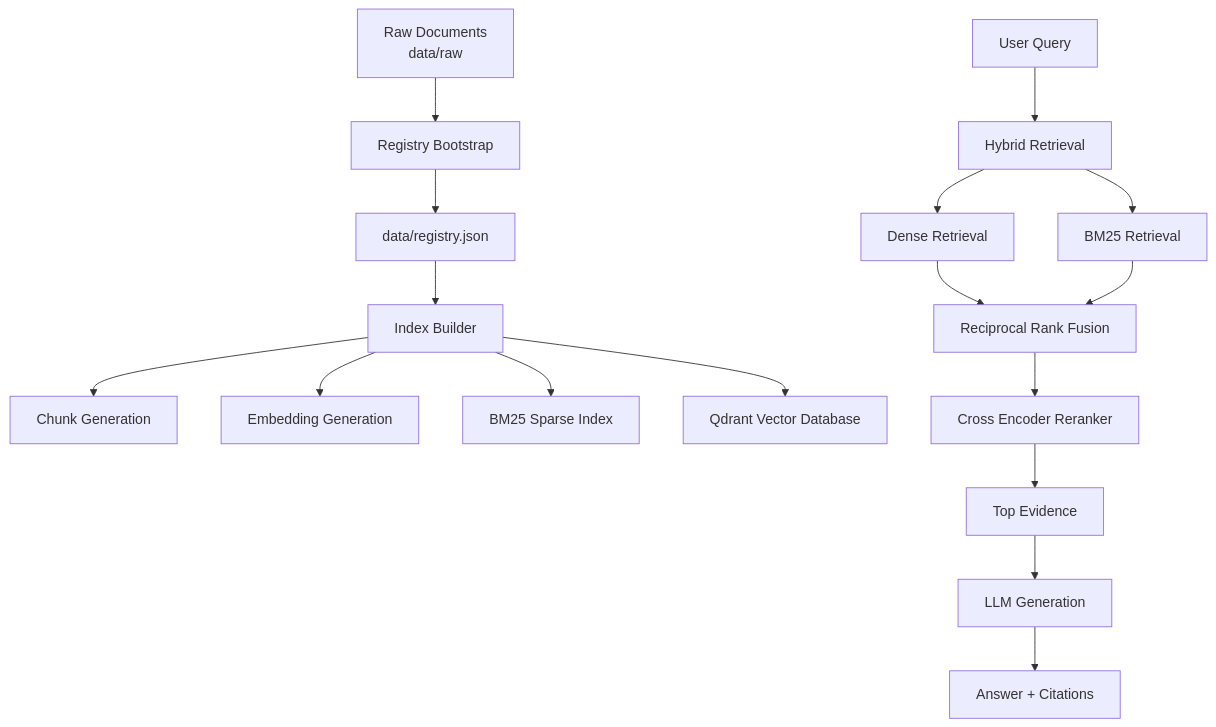
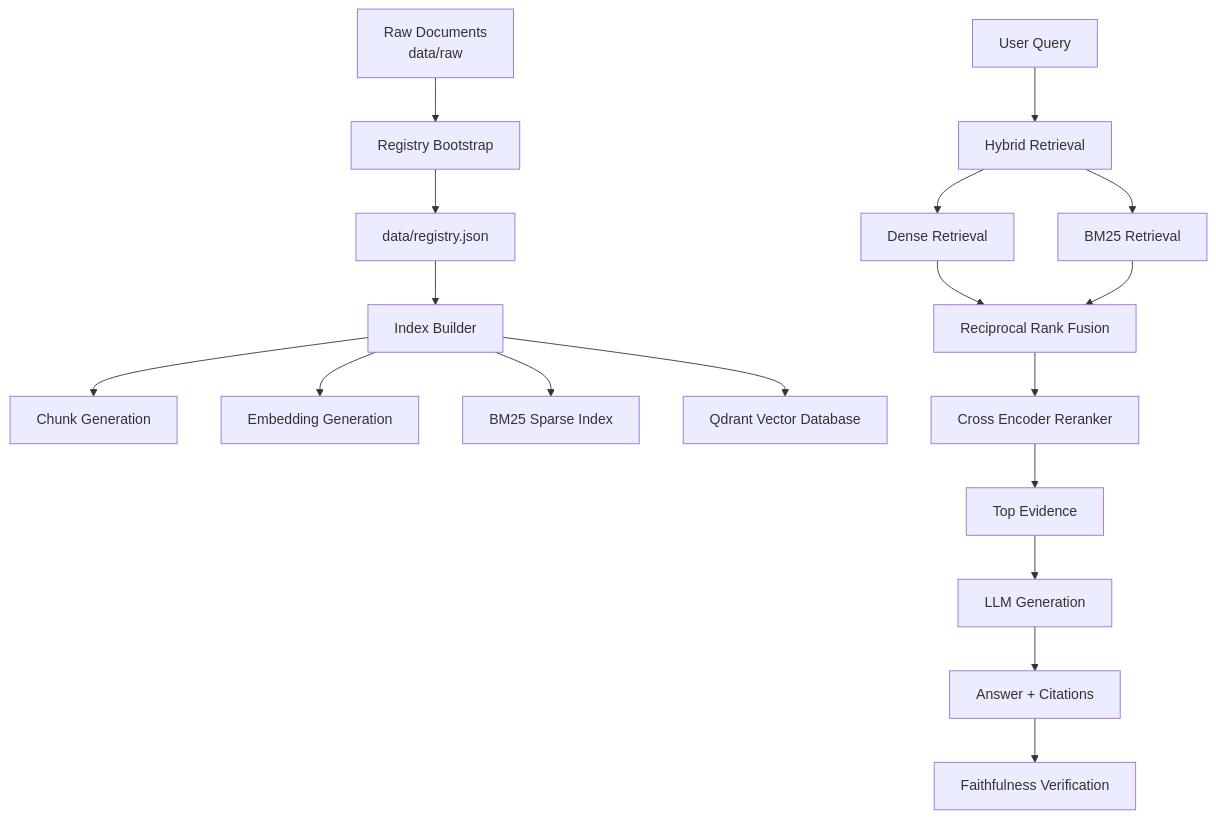
The diagram in README.md (Ammar-KDR/hybrid-rag-engine), drawn with Mermaid before and after one commit. The commit also changed other lines of this file, not shown here.

````diff
--- a/README.md
+++ b/README.md
@@ -34,31 +34,38 @@
 ```mermaid
 flowchart TD
 
     A[Raw Documents<br/>data/raw] --> B[Registry Bootstrap]
 
     B --> C[data/registry.json]
 
     C --> D[Index Builder]
 
     D --> E[Chunk Generation]
+
     D --> F[Embedding Generation]
+
     D --> G[BM25 Sparse Index]
+
     D --> H[Qdrant Vector Database]
 
 
     Q[User Query] --> I[Hybrid Retrieval]
 
     I --> J[Dense Retrieval]
+
     I --> K[BM25 Retrieval]
 
     J --> L[Reciprocal Rank Fusion]
+
     K --> L
 
     L --> M[Cross Encoder Reranker]
 
     M --> N[Top Evidence]
 
     N --> O[LLM Generation]
 
     O --> P[Answer + Citations]
+
+    P --> Q2[Faithfulness Verification]
 ```
````
